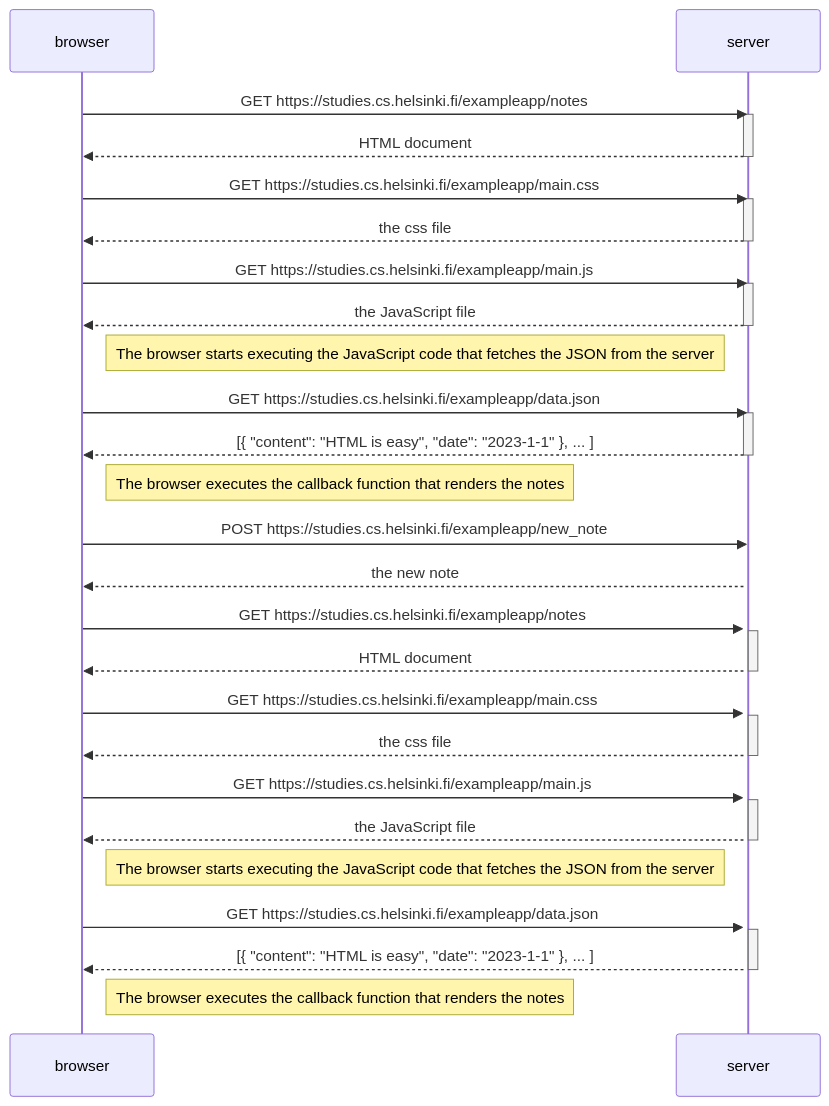
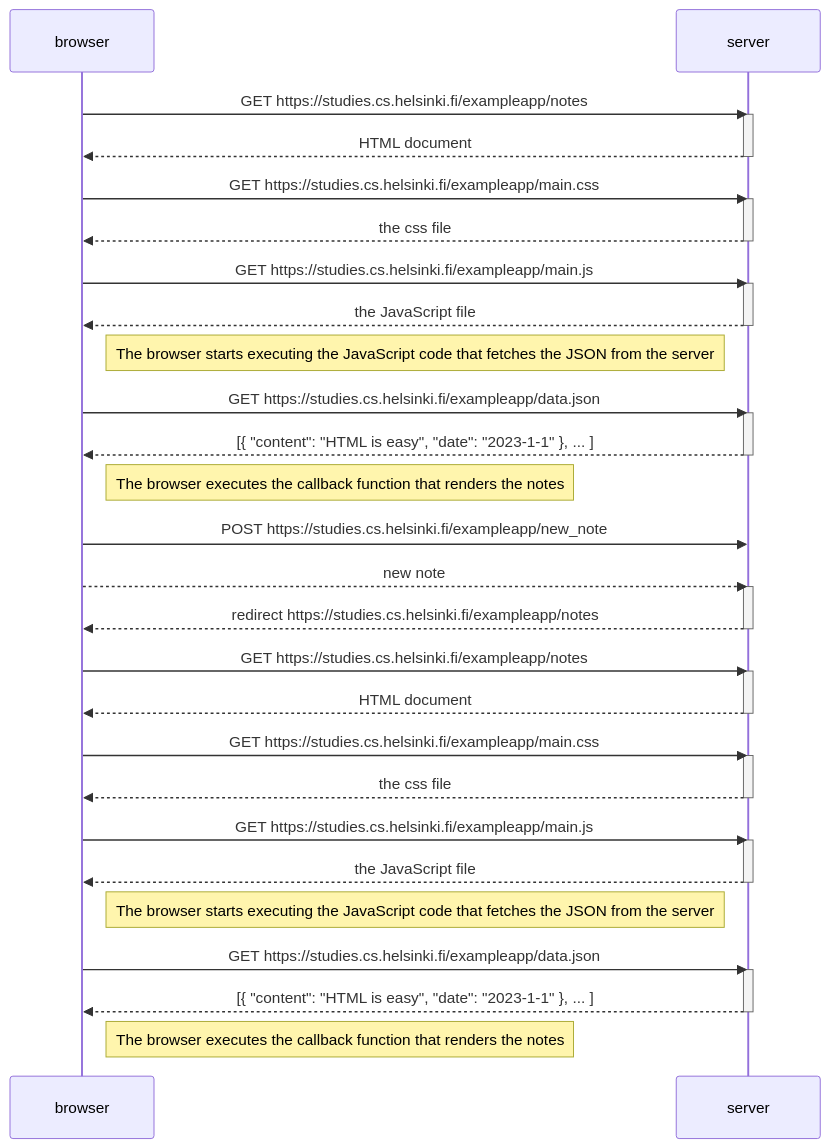
The diagram in parte0/1.md (diegoewww/fullstackopen), drawn with Mermaid before and after one commit.

````diff
--- a/parte0/1.md
+++ b/parte0/1.md
@@ -1,58 +1,60 @@
 ```mermaid
 sequenceDiagram
     participant browser
     participant server
 
     browser->>server: GET https://studies.cs.helsinki.fi/exampleapp/notes
     activate server
     server-->>browser: HTML document
     deactivate server
 
     browser->>server: GET https://studies.cs.helsinki.fi/exampleapp/main.css
     activate server
     server-->>browser: the css file
     deactivate server
 
     browser->>server: GET https://studies.cs.helsinki.fi/exampleapp/main.js
     activate server
     server-->>browser: the JavaScript file
     deactivate server
 
     Note right of browser: The browser starts executing the JavaScript code that fetches the JSON from the server
 
     browser->>server: GET https://studies.cs.helsinki.fi/exampleapp/data.json
     activate server
     server-->>browser: [{ "content": "HTML is easy", "date": "2023-1-1" }, ... ]
     deactivate server
 
     Note right of browser: The browser executes the callback function that renders the notes
 
     browser->>server: POST https://studies.cs.helsinki.fi/exampleapp/new_note
+    browser-->>server: new note
     activate server
-    server-->>browser: the new note
+    server-->>browser: redirect https://studies.cs.helsinki.fi/exampleapp/notes
+    deactivate server
 
-browser->>server: GET https://studies.cs.helsinki.fi/exampleapp/notes
+    browser->>server: GET https://studies.cs.helsinki.fi/exampleapp/notes
     activate server
     server-->>browser: HTML document
     deactivate server
 
     browser->>server: GET https://studies.cs.helsinki.fi/exampleapp/main.css
     activate server
     server-->>browser: the css file
     deactivate server
 
     browser->>server: GET https://studies.cs.helsinki.fi/exampleapp/main.js
     activate server
     server-->>browser: the JavaScript file
     deactivate server
 
     Note right of browser: The browser starts executing the JavaScript code that fetches the JSON from the server
 
     browser->>server: GET https://studies.cs.helsinki.fi/exampleapp/data.json
     activate server
     server-->>browser: [{ "content": "HTML is easy", "date": "2023-1-1" }, ... ]
     deactivate server
 
     Note right of browser: The browser executes the callback function that renders the notes
     
 ```
````
